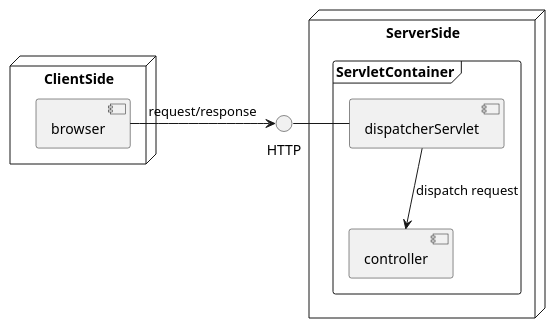
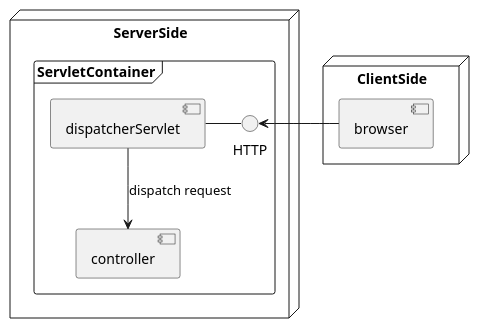
One commit to rscai/microservices-doc changed the sixth of 12 diagrams in src/docs/asciidoc/zh_TR/03-Catalog-Service.adoc. Above: the diagram before and after it, drawn with PlantUML. The commit also changed other lines of this file, not shown here.

```diff
--- a/src/docs/asciidoc/zh_TR/03-Catalog-Service.adoc
+++ b/src/docs/asciidoc/zh_TR/03-Catalog-Service.adoc
@@ -674,16 +679,15 @@
 [plantuml, spring-mvc-architecture, png]
 ....
 @startuml
 node ClientSide {
     [browser]
 }
-[browser] -> HTTP: request/response
 node ServerSide {
     frame ServletContainer {
-        HTTP - [dispatcherServlet]
+        [dispatcherServlet] - HTTP
         [dispatcherServlet] --> [controller]: dispatch request
     }
 }
-
+[browser] -> HTTP
 @enduml
 ....
```
